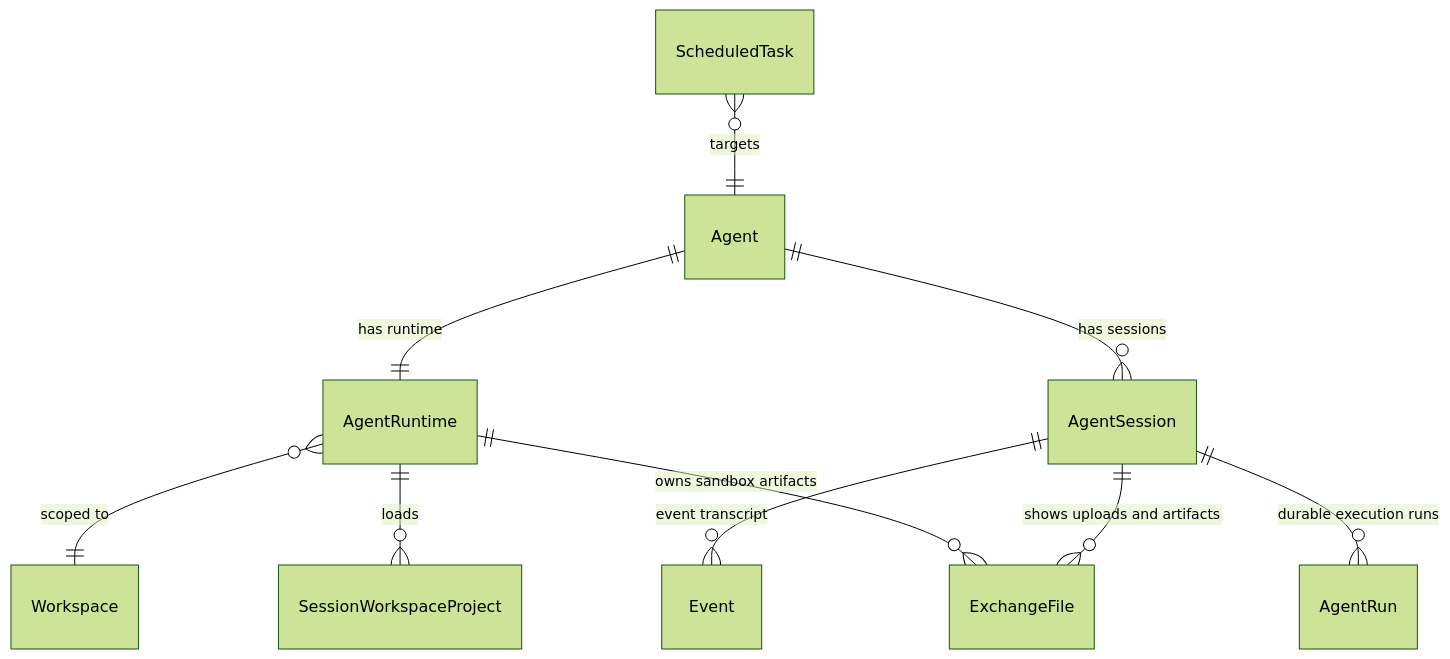
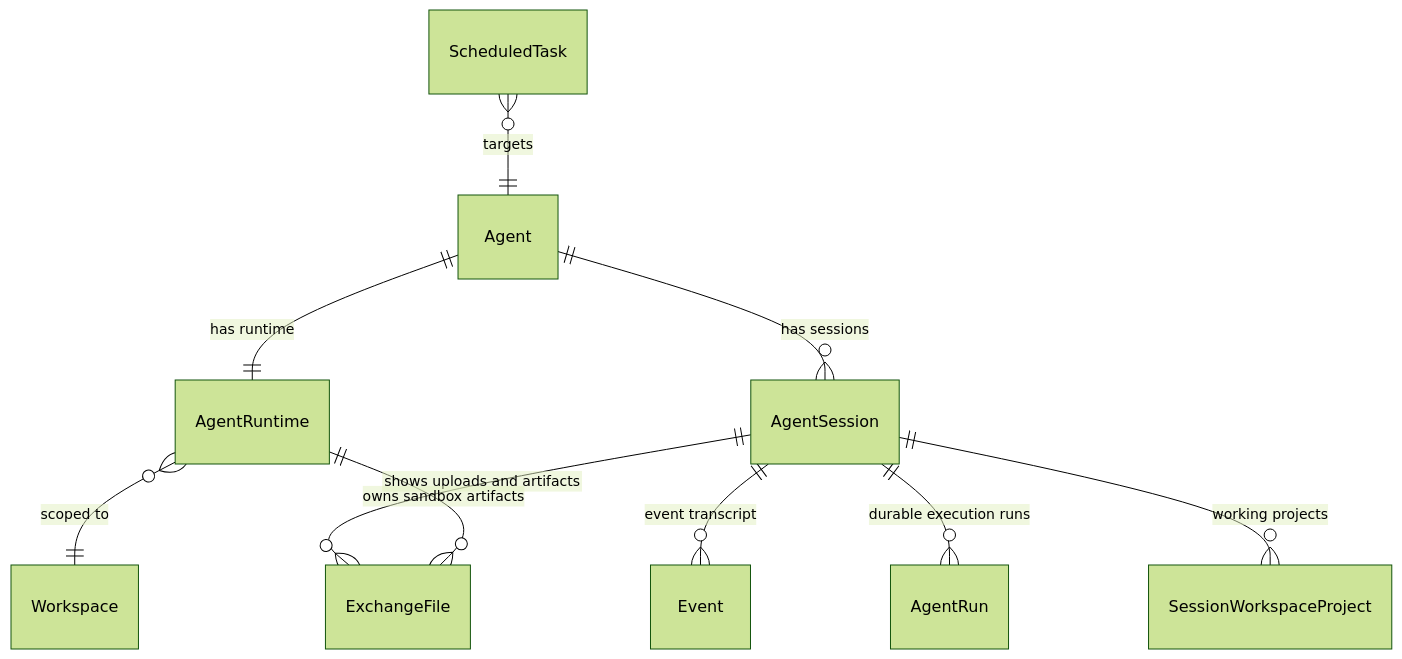
Before and after one commit to azents/azents: the diagram in docs/azents/spec/domain/conversation.md, drawn with Mermaid (forest theme). The commit also changed other lines of this file and 14 other files, not shown here.

Commit message:
Make project registry session-owned

````diff
--- a/docs/azents/spec/domain/conversation.md
+++ b/docs/azents/spec/domain/conversation.md
@@ -81,12 +81,12 @@
 ```mermaid
 erDiagram
     Agent ||--|| AgentRuntime : "has runtime"
     Agent ||--o{ AgentSession : "has sessions"
     AgentRuntime }o--|| Workspace : "scoped to"
     AgentSession ||--o{ Event : "event transcript"
     AgentSession ||--o{ AgentRun : "durable execution runs"
     AgentSession ||--o{ ExchangeFile : "shows uploads and artifacts"
+    AgentSession ||--o{ SessionWorkspaceProject : "working projects"
     AgentRuntime ||--o{ ExchangeFile : "owns sandbox artifacts"
-    AgentRuntime ||--o{ SessionWorkspaceProject : "loads"
     ScheduledTask }o--|| Agent : "targets"
 ```
````
